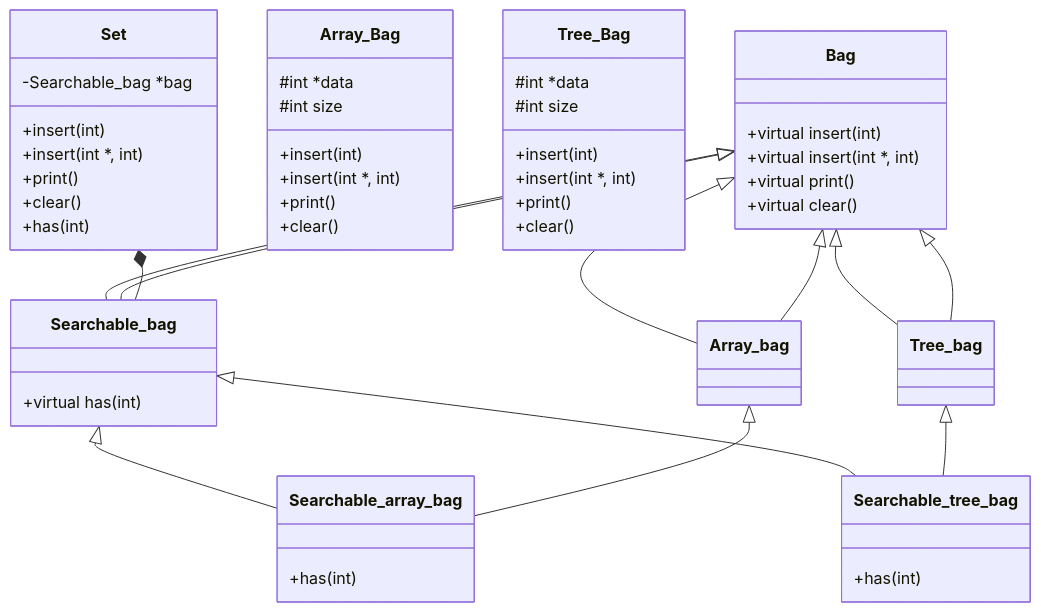
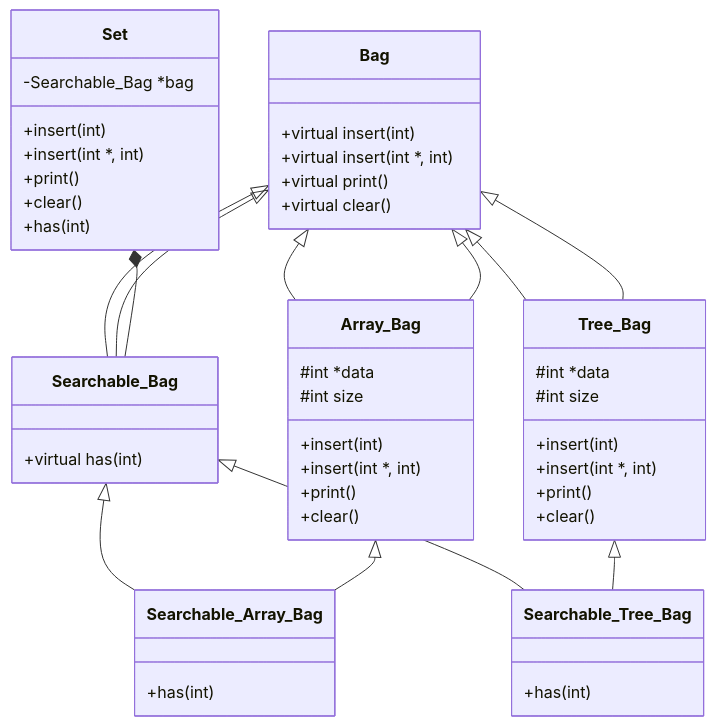
Before and after one commit to luismiguelcasadodiaz/Exam_rank_05: the diagram in l0/polyset/README.md, drawn with Mermaid.

````diff
--- a/l0/polyset/README.md
+++ b/l0/polyset/README.md
@@ -16,47 +16,47 @@
 ```mermaid
 classDiagram
   class Bag
   Bag : +virtual insert(int)
   Bag : +virtual insert(int *, int)
   Bag : +virtual print()
   Bag : +virtual clear()
-  class Searchable_bag
-  Searchable_bag : +virtual has(int)
-  class Array_bag
+  class Searchable_Bag
+  Searchable_Bag : +virtual has(int)
+  class Array_Bag
   Array_Bag : #int *data
   Array_Bag : #int size
   Array_Bag : +insert(int)
   Array_Bag : +insert(int *, int)
   Array_Bag : +print()
   Array_Bag : +clear()
-  class Tree_bag
+  class Tree_Bag
   Tree_Bag : #int *data
   Tree_Bag : #int size
   Tree_Bag : +insert(int)
   Tree_Bag : +insert(int *, int)
   Tree_Bag : +print()
   Tree_Bag : +clear()
-  Bag <|-- Array_bag
-  Bag <|-- Tree_bag
-  Bag <|-- Searchable_bag
-  class Searchable_array_bag
-  Searchable_array_bag : +has(int)
-  class Searchable_tree_bag
-  Searchable_tree_bag : +has(int)
+  Bag <|-- Array_Bag
+  Bag <|-- Tree_Bag
+  Bag <|-- Searchable_Bag
+  class Searchable_Array_Bag
+  Searchable_Array_Bag : +has(int)
+  class Searchable_Tree_Bag
+  Searchable_Tree_Bag : +has(int)
   class Set
-  Set : -Searchable_bag *bag
+  Set : -Searchable_Bag *bag
   Set : +insert(int)
   Set : +insert(int *, int)
   Set : +print()
   Set : +clear()
   Set : +has(int)
-  Bag <|-- Array_bag
-  Bag <|-- Tree_bag
-  Bag <|-- Searchable_bag
-  Searchable_bag <|-- Searchable_tree_bag
-  Searchable_bag <|-- Searchable_array_bag
-  Tree_bag <|-- Searchable_tree_bag
-  Array_bag <|-- Searchable_array_bag
-  Set *-- Searchable_bag
+  Bag <|-- Array_Bag
+  Bag <|-- Tree_Bag
+  Bag <|-- Searchable_Bag
+  Searchable_Bag <|-- Searchable_Tree_Bag
+  Searchable_Bag <|-- Searchable_Array_Bag
+  Tree_Bag <|-- Searchable_Tree_Bag
+  Array_Bag <|-- Searchable_Array_Bag
+  Set *-- Searchable_Bag
   %% This is a comment
 ```
````
